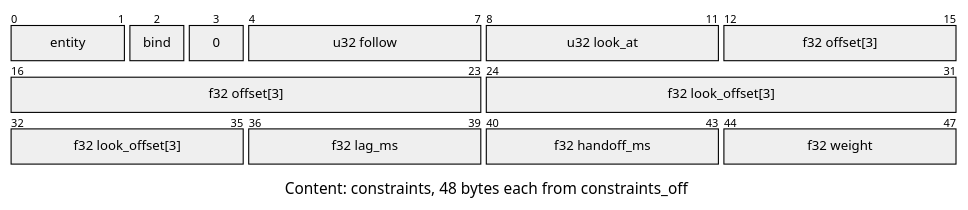
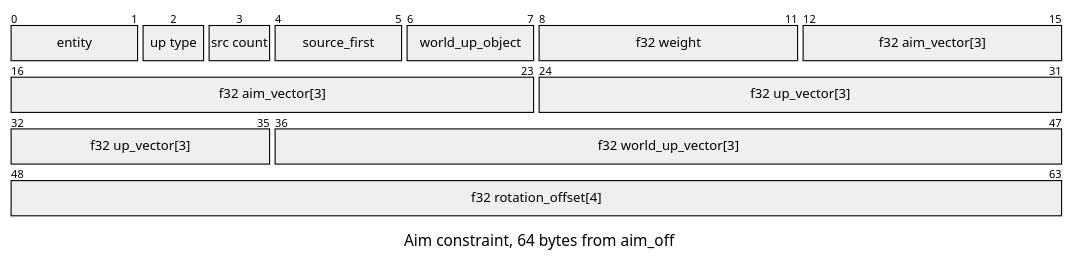
One commit to jose-villegas/autana changed diagram 18 of 21 in docs/assets/formats/SCNE.md. Above: the diagram before and after it, drawn with Mermaid. The commit also changed other lines of this file and 12 other files, not shown here.

````diff
--- a/docs/assets/formats/SCNE.md
+++ b/docs/assets/formats/SCNE.md
@@ -280,21 +303,21 @@
 ```mermaid
 ---
 config:
-  themeCSS: "g:nth-of-type(2) rect:nth-of-type(1) { fill: #e3e3e3 !important; } g:nth-of-type(2) rect:nth-of-type(2) { fill: #c7aaee !important; } g:nth-of-type(2) rect:nth-of-type(3) { fill: #ffffff !important; stroke-dasharray: 4 3 !important; } g:nth-of-type(2) rect:nth-of-type(4) { fill: #e3e3e3 !important; } g:nth-of-type(2) rect:nth-of-type(5) { fill: #e3e3e3 !important; } g:nth-of-type(2) rect:nth-of-type(6) { fill: #e3e3e3 !important; } g:nth-of-type(3) rect:nth-of-type(1) { fill: #e3e3e3 !important; } g:nth-of-type(3) rect:nth-of-type(2) { fill: #e3e3e3 !important; } g:nth-of-type(4) rect:nth-of-type(1) { fill: #e3e3e3 !important; } g:nth-of-type(4) rect:nth-of-type(2) { fill: #e3e3e3 !important; } g:nth-of-type(4) rect:nth-of-type(3) { fill: #e3e3e3 !important; } g:nth-of-type(4) rect:nth-of-type(4) { fill: #e3e3e3 !important; } .packetLabel { fill: #1b1b1b !important; }"
+  themeCSS: "g:nth-of-type(2) rect:nth-of-type(1) { fill: #e3e3e3 !important; } g:nth-of-type(2) rect:nth-of-type(2) { fill: #e3e3e3 !important; } g:nth-of-type(2) rect:nth-of-type(3) { fill: #93d6b0 !important; } g:nth-of-type(2) rect:nth-of-type(4) { fill: #e3e3e3 !important; } g:nth-of-type(2) rect:nth-of-type(5) { fill: #c7aaee !important; } g:nth-of-type(2) rect:nth-of-type(6) { fill: #e3e3e3 !important; } g:nth-of-type(2) rect:nth-of-type(7) { fill: #e3e3e3 !important; } g:nth-of-type(3) rect:nth-of-type(1) { fill: #e3e3e3 !important; } g:nth-of-type(3) rect:nth-of-type(2) { fill: #e3e3e3 !important; } g:nth-of-type(4) rect:nth-of-type(1) { fill: #e3e3e3 !important; } g:nth-of-type(4) rect:nth-of-type(2) { fill: #e3e3e3 !important; } g:nth-of-type(5) rect:nth-of-type(1) { fill: #e3e3e3 !important; } .packetLabel { fill: #1b1b1b !important; }"
   packet:
     bitsPerRow: 16
-    bitWidth: 54
+    bitWidth: 60
 ---
 packet-beta
-title Content: constraints, 48 bytes each from constraints_off
+title Aim constraint, 64 bytes from aim_off
 0-1: "entity"
-2: "bind"
-3: "0"
-4-7: "u32 follow"
-8-11: "u32 look_at"
-12-23: "f32 offset[3]"
-24-35: "f32 look_offset[3]"
-36-39: "f32 lag_ms"
-40-43: "f32 handoff_ms"
-44-47: "f32 weight"
+2: "up type"
+3: "src count"
+4-5: "source_first"
+6-7: "world_up_object"
+8-11: "f32 weight"
+12-23: "f32 aim_vector[3]"
+24-35: "f32 up_vector[3]"
+36-47: "f32 world_up_vector[3]"
+48-63: "f32 rotation_offset[4]"
 ```
````
